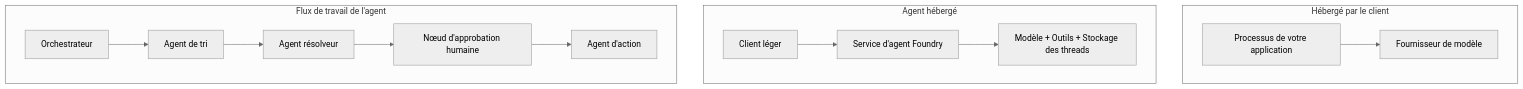
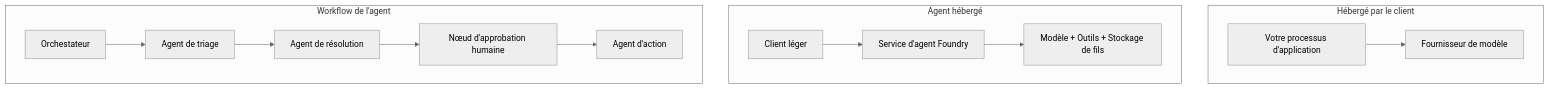
Before and after one commit to gabrielmoreira/agent-skills-mirror: the first of 4 diagrams in mirrors/repos/microsoft@ai-agents-for-beginners/translations/fr/16-deploying-scalable-agents/README.md, drawn with Mermaid (neutral theme). The commit also changed other lines of this file and 3581 other files, not shown here.

````diff
--- a/mirrors/repos/microsoft@ai-agents-for-beginners/translations/fr/16-deploying-scalable-agents/README.md
+++ b/mirrors/repos/microsoft@ai-agents-for-beginners/translations/fr/16-deploying-scalable-agents/README.md
@@ -87,16 +87,16 @@
 ```mermaid
 flowchart TB
     subgraph P1[Hébergé par le client]
-        A1[Processus de votre application] --> M1[Fournisseur de modèle]
+        A1[Votre processus d'application] --> M1[Fournisseur de modèle]
     end
     subgraph P2[Agent hébergé]
         A2[Client léger] --> F2[Service d'agent Foundry]
-        F2 --> M2[Modèle + Outils + Stockage des threads]
+        F2 --> M2[Modèle + Outils + Stockage de fils]
     end
-    subgraph P3[Flux de travail de l'agent]
-        A3[Orchestrateur] --> S1[Agent de tri]
-        S1 --> S2[Agent résolveur]
+    subgraph P3[Workflow de l'agent]
+        A3[Orchestateur] --> S1[Agent de triage]
+        S1 --> S2[Agent de résolution]
         S2 --> H[Nœud d'approbation humaine]
         H --> S3[Agent d'action]
     end
 ```
````
